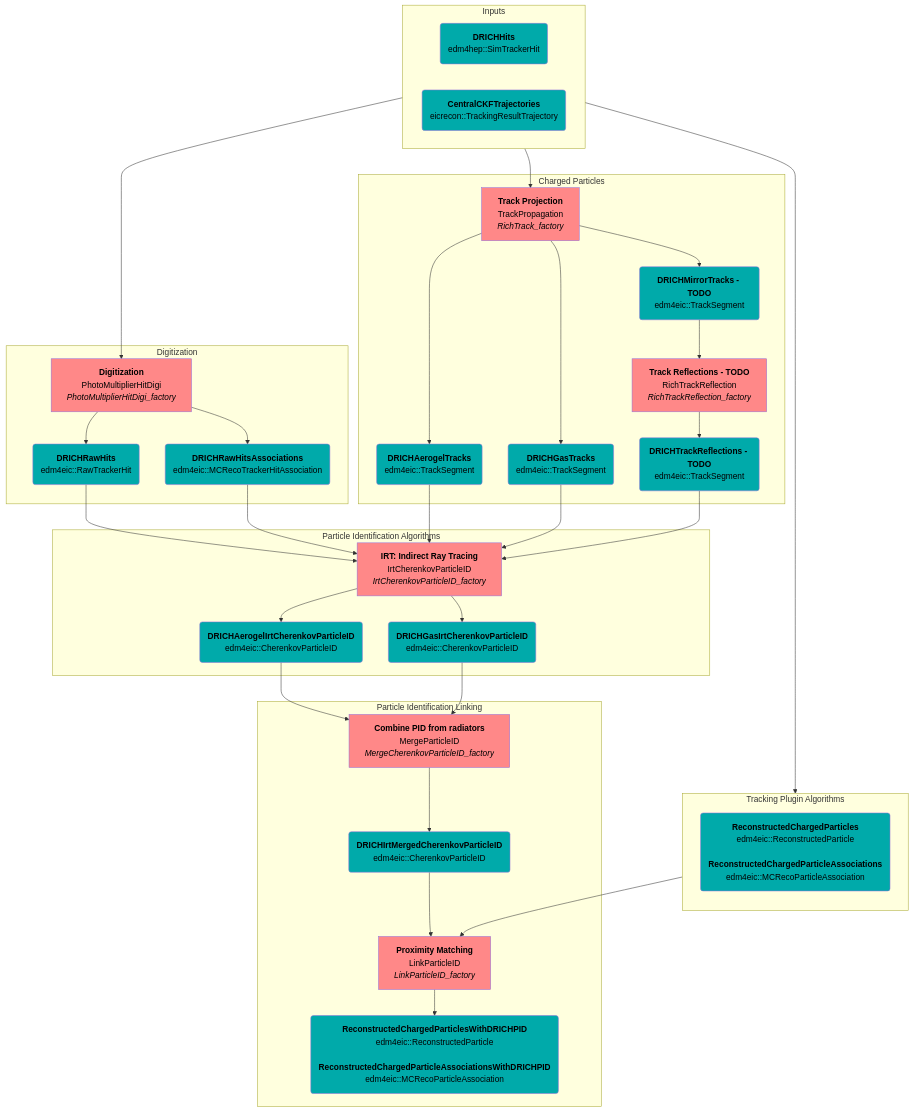
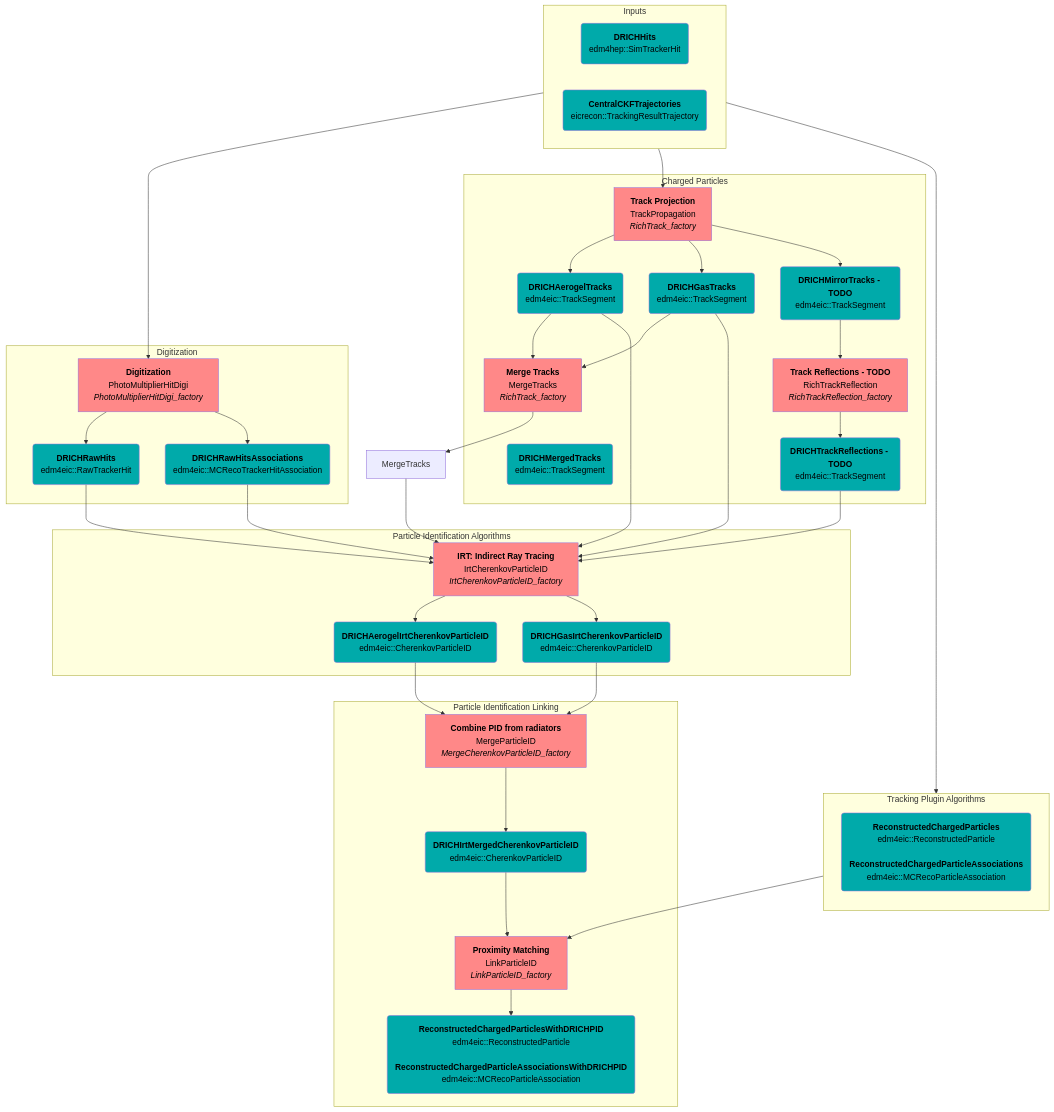
Before and after one commit to eic/EICrecon: the second of 5 diagrams in src/detectors/DRICH/README.md, drawn with Mermaid. The commit also changed other lines of this file, not shown here.

Commit message:
doc: add `MergedTracks`

````diff
--- a/src/detectors/DRICH/README.md
+++ b/src/detectors/DRICH/README.md
@@ -36,10 +37,12 @@
   subgraph Charged Particles
 
     PropagatorAlg[<strong>Track Projection</strong><br/>TrackPropagation<br><i>RichTrack_factory</i>]:::alg
+    MergeTracksAlg[<strong>Merge Tracks</strong><br/>MergeTracks<br><i>RichTrack_factory</i>]:::alg
     AerogelTracks(<strong>DRICHAerogelTracks</strong><br/>edm4eic::TrackSegment):::col
     GasTracks(<strong>DRICHGasTracks</strong><br/>edm4eic::TrackSegment):::col
+    MergedTracks(<strong>DRICHMergedTracks</strong><br/>edm4eic::TrackSegment):::col
+
     MirrorTracks(<strong>DRICHMirrorTracks - TODO</strong><br/>edm4eic::TrackSegment):::col
-
     ReflectionsAlg[<strong>Track Reflections - TODO</strong><br/>RichTrackReflection<br><i>RichTrackReflection_factory</i>]:::alg
     Reflections(<strong>DRICHTrackReflections - TODO</strong><br/>edm4eic::TrackSegment):::col
   end
@@ -73,28 +76,30 @@
   DigiAlg --> HitAssocs
 
   %% tracking
-  Trajectories --> PropagatorAlg
-  PropagatorAlg --> AerogelTracks
-  PropagatorAlg --> GasTracks
-  PropagatorAlg --> MirrorTracks
-  MirrorTracks --> ReflectionsAlg
+  Trajectories   --> PropagatorAlg
+  PropagatorAlg  --> AerogelTracks --> MergeTracksAlg
+  PropagatorAlg  --> GasTracks     --> MergeTracksAlg
+  MergeTracksAlg --> MergeTracks
+  PropagatorAlg  --> MirrorTracks
+  MirrorTracks   --> ReflectionsAlg
   ReflectionsAlg --> Reflections
 
   %% PID
-  RawHits --> IRT
-  HitAssocs --> IRT
+  RawHits       --> IRT
+  HitAssocs     --> IRT
   AerogelTracks --> IRT
-  GasTracks --> IRT
-  Reflections --> IRT
-  IRT --> IRTPIDAerogel
-  IRT --> IRTPIDGas
+  GasTracks     --> IRT
+  MergeTracks   --> IRT
+  Reflections   --> IRT
+  IRT           --> IRTPIDAerogel
+  IRT           --> IRTPIDGas
   IRTPIDAerogel --> Merge
-  IRTPIDGas --> Merge
-  Merge --> MergePID
+  IRTPIDGas     --> Merge
+  Merge         --> MergePID
 
   %% linking
   Trajectories --> ReconParts
-  MergePID --> ProxMatch
-  ReconParts --> ProxMatch
-  ProxMatch --> ReconPartsWithPID
+  MergePID     --> ProxMatch
+  ReconParts   --> ProxMatch
+  ProxMatch    --> ReconPartsWithPID
 ```
````
